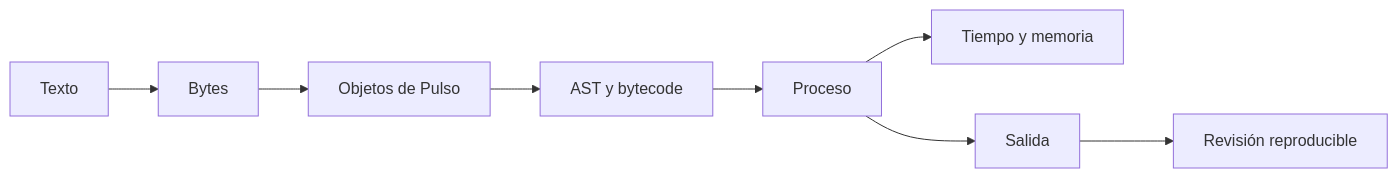
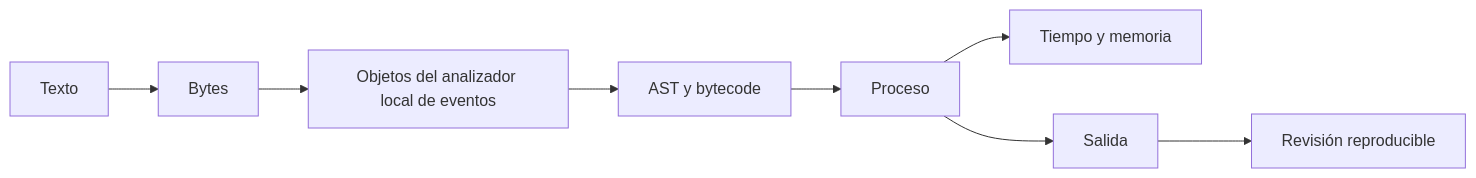
One commit to vladimiracunadev-create/modern-software-engineering-program changed the diagram in content/part-01/SE-023.md. Above: the diagram before and after it, drawn with Mermaid. The commit also changed other lines of this file and 14 other files, not shown here.

````diff
--- a/content/part-01/SE-023.md
+++ b/content/part-01/SE-023.md
@@ -62,10 +62,10 @@
 ```mermaid
 flowchart LR
  T[Texto] --> B[Bytes]
- B --> P[Objetos de Pulso]
+ B --> P[Objetos del analizador local de eventos]
  P --> A[AST y bytecode]
  A --> X[Proceso]
  X --> R[Tiempo y memoria]
  X --> O[Salida]
  O --> V[Revisión reproducible]
 ```
````
